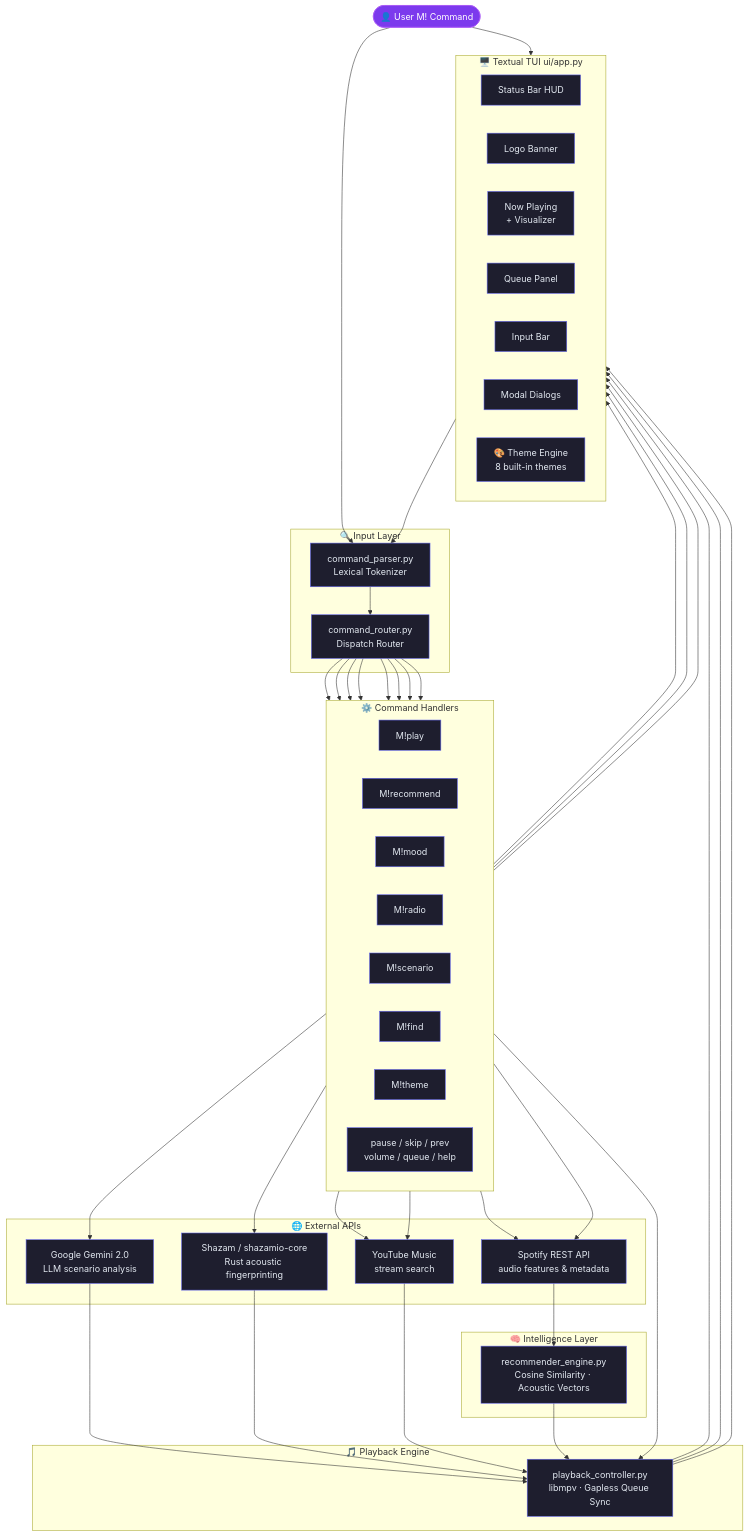
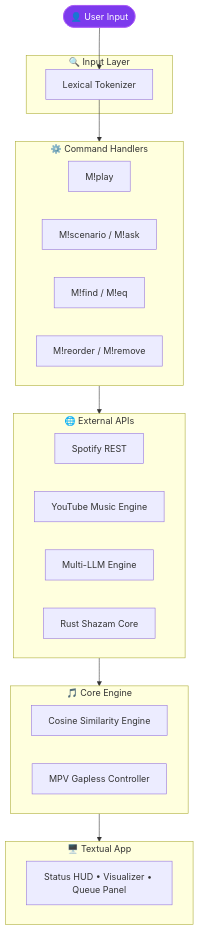
Before and after one commit to hemahariharan1126/tunecli: the diagram in README.md, drawn with Mermaid. The commit also changed other lines of this file and 15 other files, not shown here.

Commit message:
added new commands to reorder and remove from changed the architecture of recommend and radio method and play command is optimized with stages of fallback

````diff
--- a/README.md
+++ b/README.md
@@ -201,64 +149,39 @@
 ```mermaid
 flowchart TD
-    User(["👤 User  M! Command"]):::input
+    User(["👤 User Input"]):::input
 
     subgraph Parsing ["🔍 Input Layer"]
-        Parser["command_parser.py\nLexical Tokenizer"]
-        Router["command_router.py\nDispatch Router"]
+        Parser["Lexical Tokenizer"]
     end
 
     subgraph Commands ["⚙️ Command Handlers"]
         direction LR
         Play["M!play"]
-        Recommend["M!recommend"]
-        Mood["M!mood"]
-        Radio["M!radio"]
-        Scenario["M!scenario"]
-        Find["M!find"]
-        Theme["M!theme"]
-        Controls["pause / skip / prev\nvolume / queue / help"]
+        AI["M!scenario / M!ask"]
+        Audio["M!find / M!eq"]
+        Queue["M!reorder / M!remove"]
     end
 
     subgraph APIs ["🌐 External APIs"]
-        Spotify["Spotify REST API\naudio features & metadata"]
-        YTMusic["YouTube Music\nstream search"]
-        Gemini["Google Gemini 2.0\nLLM scenario analysis"]
-        Shazam["Shazam / shazamio-core\nRust acoustic fingerprinting"]
+        Spotify["Spotify REST"]
+        YTMusic["YouTube Music Engine"]
+        LLM["Multi-LLM Engine"]
+        Shazam["Rust Shazam Core"]
     end
 
-    subgraph Intelligence ["🧠 Intelligence Layer"]
-        Recommender["recommender_engine.py\nCosine Similarity · Acoustic Vectors"]
+    subgraph Engine ["🎵 Core Engine"]
+        Recommender["Cosine Similarity Engine"]
+        Controller["MPV Gapless Controller"]
     end
 
-    subgraph Playback ["🎵 Playback Engine"]
-        Controller["playback_controller.py\nlibmpv · Gapless Queue Sync"]
+    subgraph TUI ["🖥️ Textual App"]
+        Widgets["Status HUD • Visualizer • Queue Panel"]
     end
 
-    subgraph TUI ["🖥️ Textual TUI  ui/app.py"]
-        direction LR
-        StatusBar["Status Bar HUD"]
-        LogoBanner["Logo Banner"]
-        NowPlaying["Now Playing\n+ Visualizer"]
-        QueuePanel["Queue Panel"]
-        InputBar["Input Bar"]
-        Modal["Modal Dialogs"]
-        ThemeEngine["🎨 Theme Engine\n8 built-in themes"]
-    end
-
-    User --> Parser --> Router
-    Router --> Play & Recommend & Mood & Radio & Scenario & Find & Theme & Controls
-    Play & Radio --> YTMusic
-    Recommend & Mood --> Spotify --> Recommender
-    Scenario --> Gemini
-    Find --> Shazam
-    Theme --> ThemeEngine
-    Gemini & Shazam & YTMusic --> Controller
-    Recommender --> Controller
-    Controls --> Controller
-    Controller --> StatusBar & NowPlaying & QueuePanel
-    User --> InputBar --> Parser
-    Scenario & Find --> Modal
+    User --> Parser --> Commands
+    Commands --> APIs
+    APIs --> Engine
+    Engine --> TUI
 
     classDef input fill:#7c3aed,stroke:#a855f7,color:#fff
-    classDef default fill:#1e1e2e,stroke:#6366f1,color:#e2e8f0
 ```
````
